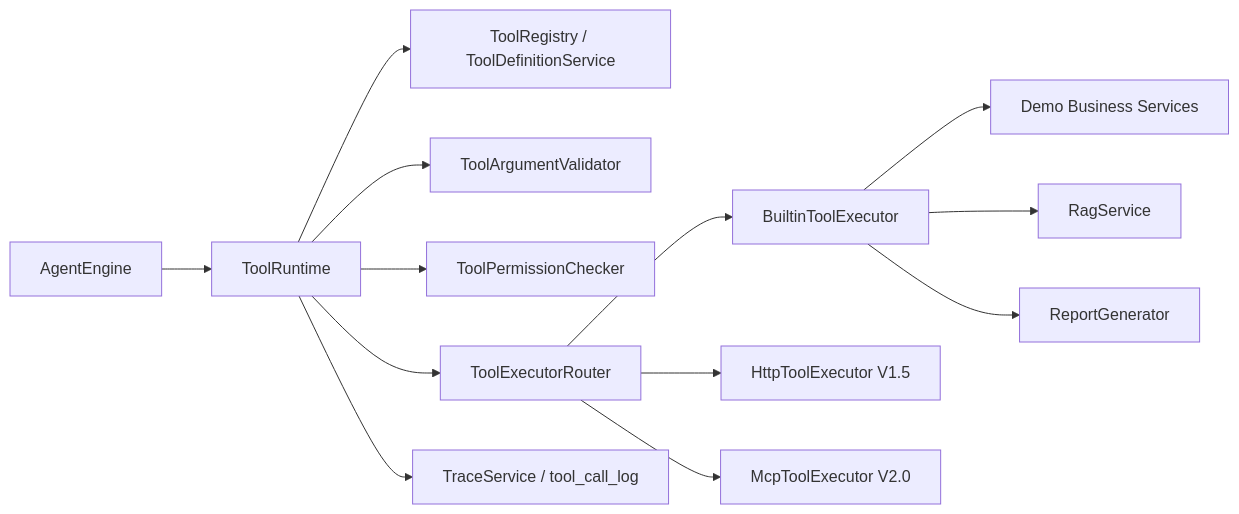
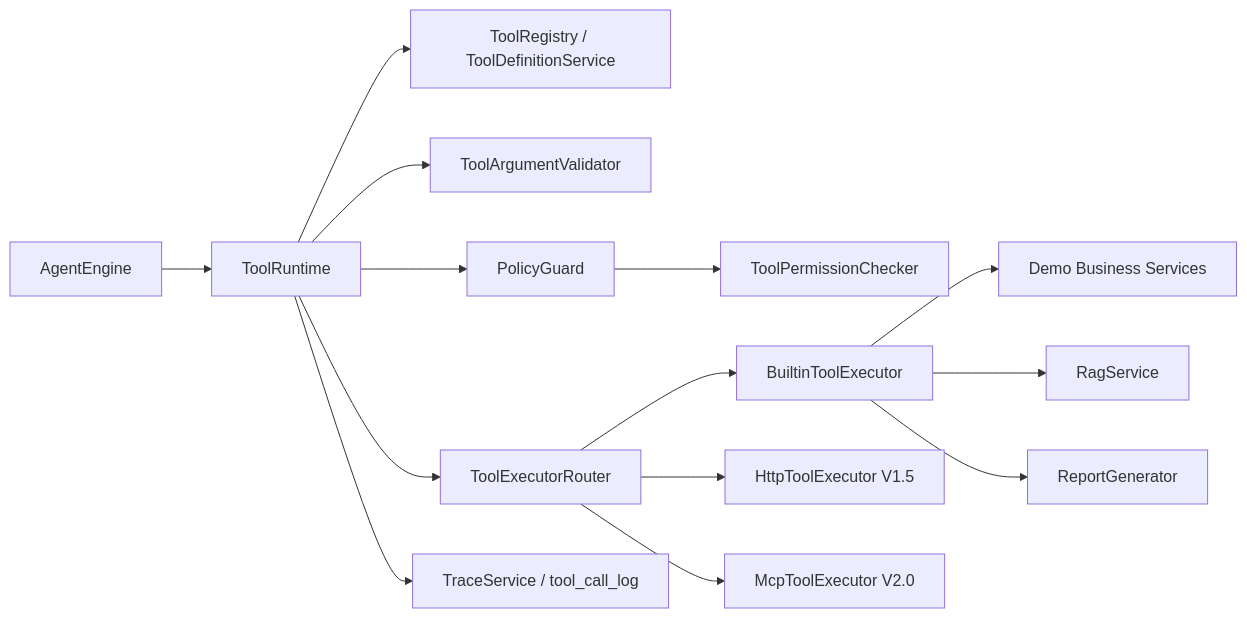
One commit to Xavi-L/AgentFlow-Hub changed the first of 2 diagrams in agentflow-hub-tool-system-design.md. Above: the diagram before and after it, drawn with Mermaid. The commit also changed other lines of this file and 9 other files, not shown here.

````diff
--- a/agentflow-hub-tool-system-design.md
+++ b/agentflow-hub-tool-system-design.md
@@ -67,17 +69,18 @@
 ```mermaid
 flowchart LR
     AgentEngine["AgentEngine"] --> ToolRuntime["ToolRuntime"]
     ToolRuntime --> ToolRegistry["ToolRegistry / ToolDefinitionService"]
     ToolRuntime --> Validator["ToolArgumentValidator"]
-    ToolRuntime --> Permission["ToolPermissionChecker"]
+    ToolRuntime --> PolicyGuard["PolicyGuard"]
+    PolicyGuard --> Permission["ToolPermissionChecker"]
     ToolRuntime --> ExecutorRouter["ToolExecutorRouter"]
     ToolRuntime --> Trace["TraceService / tool_call_log"]
 
     ExecutorRouter --> Builtin["BuiltinToolExecutor"]
     ExecutorRouter --> Http["HttpToolExecutor V1.5"]
     ExecutorRouter --> Mcp["McpToolExecutor V2.0"]
 
     Builtin --> DemoService["Demo Business Services"]
     Builtin --> Knowledge["RagService"]
     Builtin --> Report["ReportGenerator"]
 ```
````
